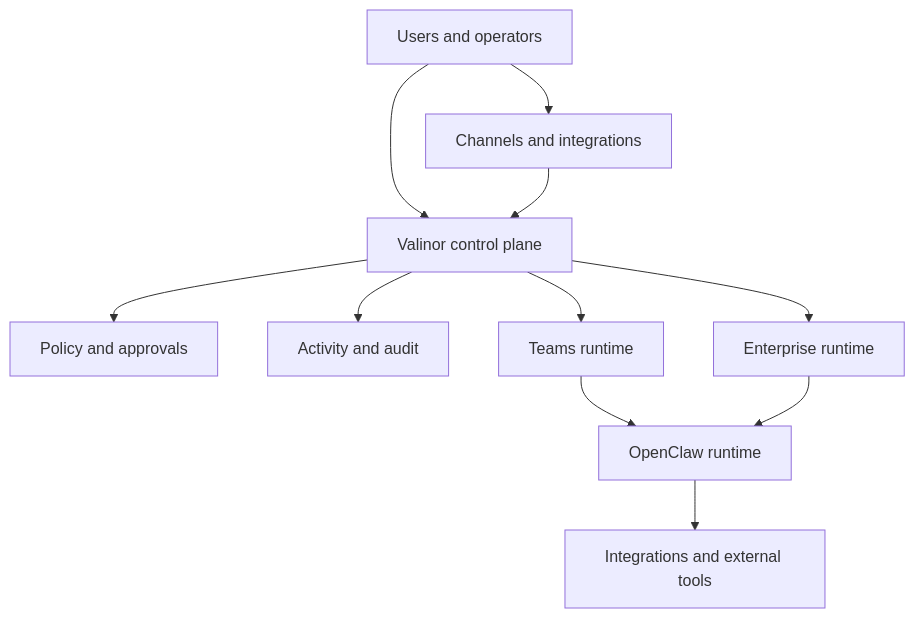
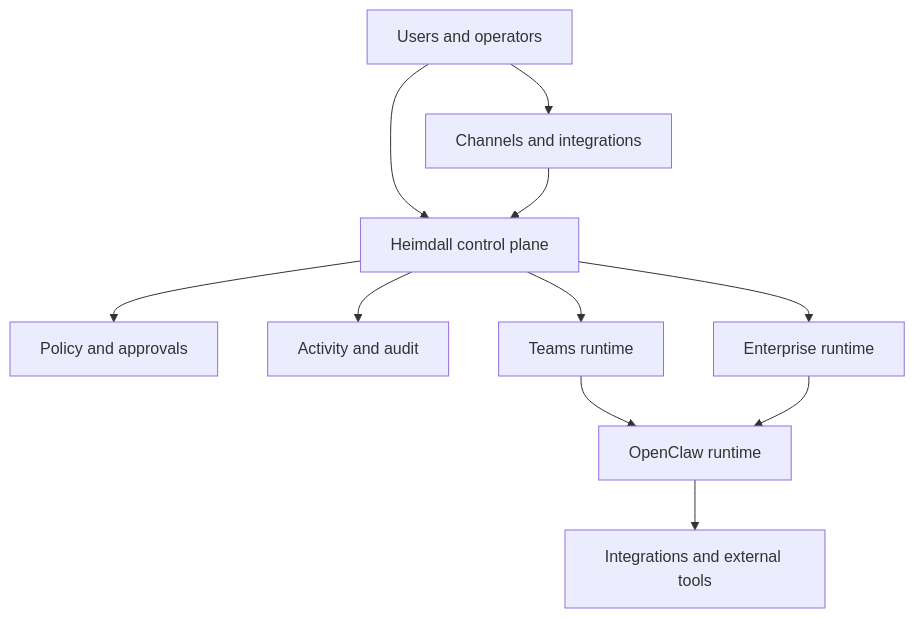
Before and after one commit to FredAmartey/Heimdall: the diagram in docs/architecture.md, drawn with Mermaid. The commit also changed other lines of this file and 5 other files, not shown here.

````diff
--- a/docs/architecture.md
+++ b/docs/architecture.md
@@ -11,13 +11,13 @@
 ```mermaid
 flowchart TD
     U["Users and operators"] --> C["Channels and integrations"]
-    U --> CP["Valinor control plane"]
+    U --> CP["Heimdall control plane"]
     C --> CP
     CP --> P["Policy and approvals"]
     CP --> A["Activity and audit"]
     CP --> T["Teams runtime"]
     CP --> E["Enterprise runtime"]
     T --> O["OpenClaw runtime"]
     E --> O
     O --> X["Integrations and external tools"]
 ```
````
